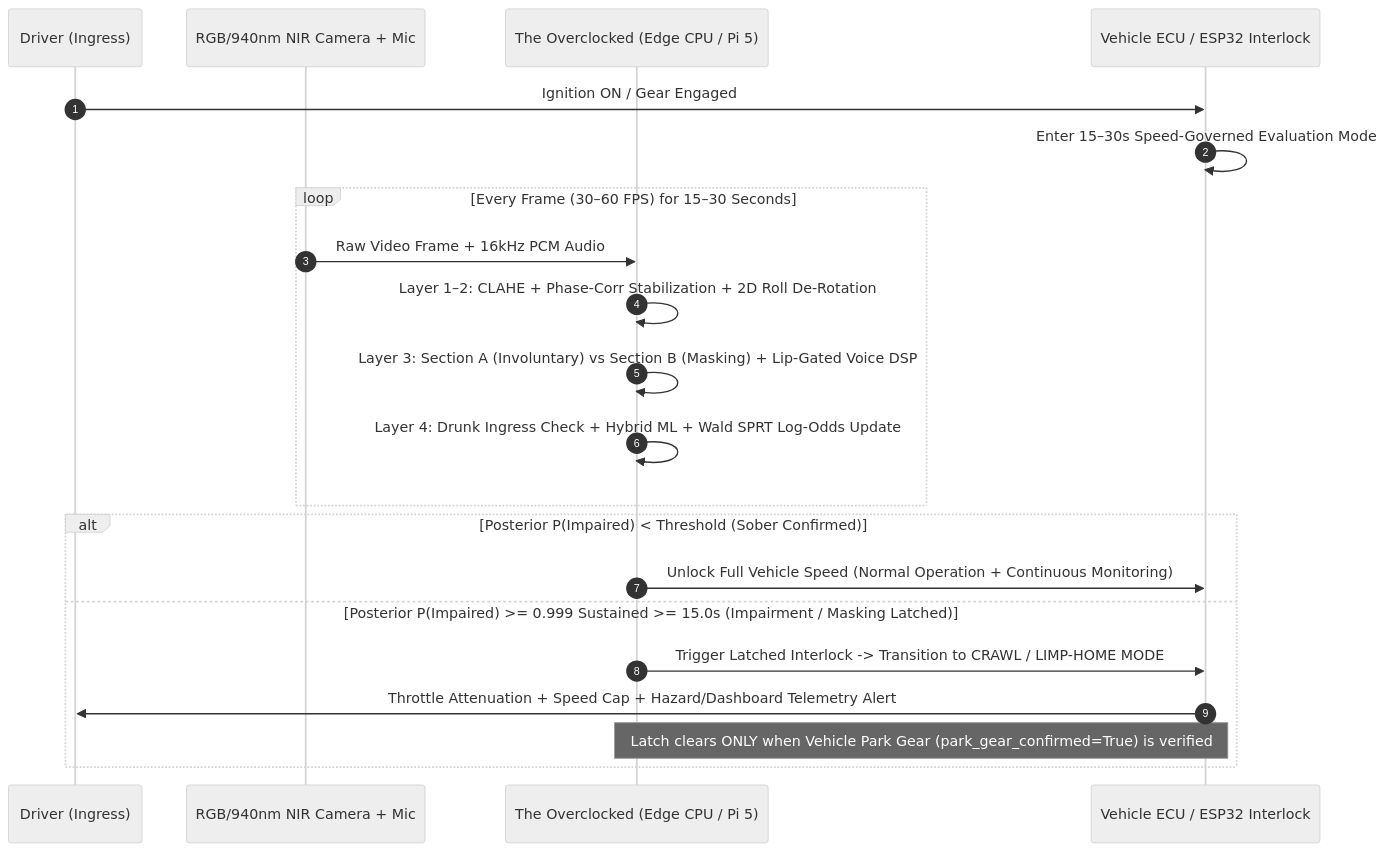
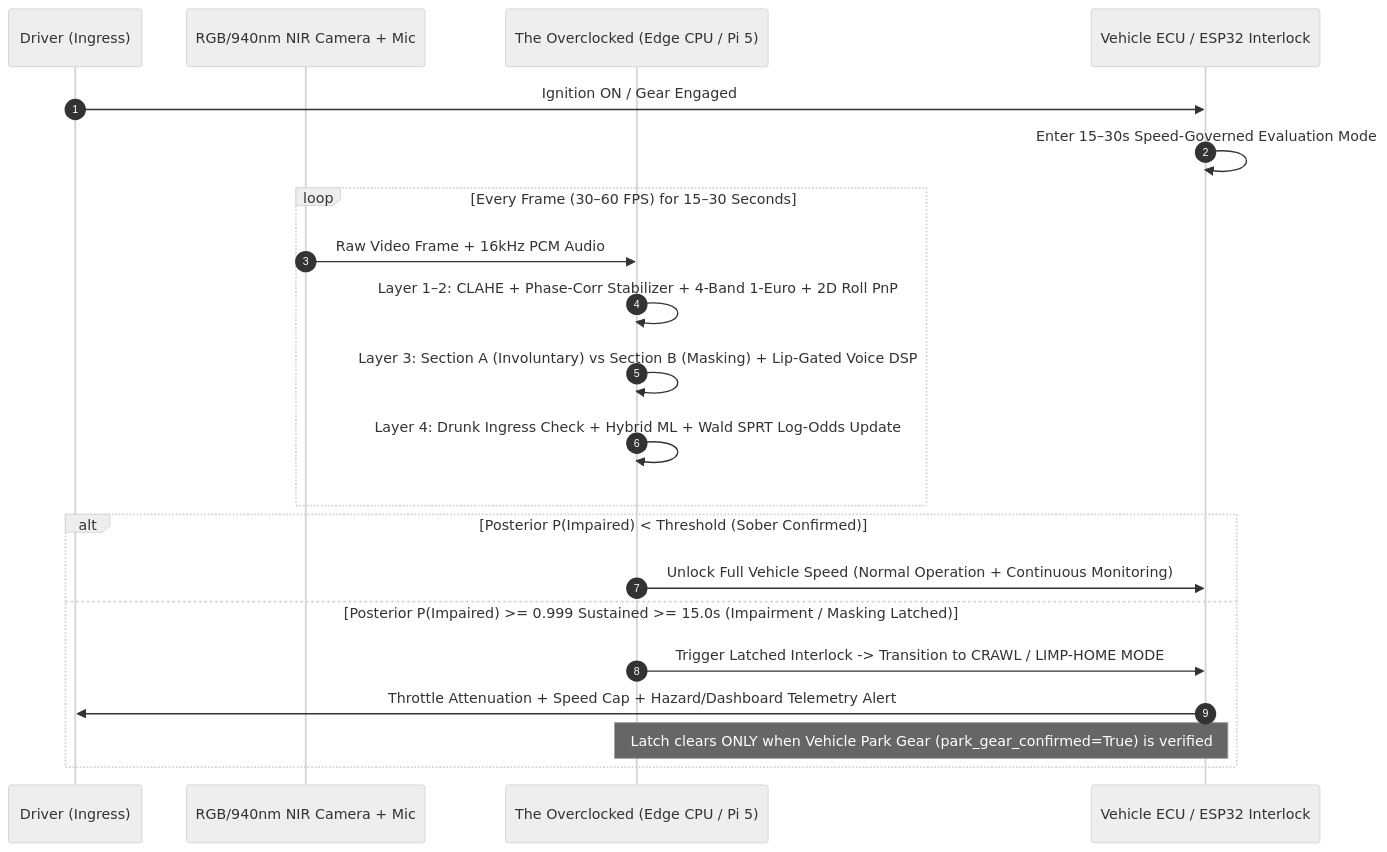
One commit to Thanos3541R/The_Overclocked changed the first of 3 diagrams in README.md. Above: the diagram before and after it, drawn with Mermaid (neutral theme). The commit also changed other lines of this file, not shown here.

Commit message:
docs: fix LaTeX math rendering, add audio DSP documentation & update SSOT architecture

````diff
--- a/README.md
+++ b/README.md
@@ -42,24 +44,24 @@
 ```mermaid
 sequenceDiagram
     autonumber
     participant Driver as Driver (Ingress)
     participant CamMic as RGB/940nm NIR Camera + Mic
     participant DMS as The Overclocked (Edge CPU / Pi 5)
     participant ECU as Vehicle ECU / ESP32 Interlock
 
     Driver->>ECU: Ignition ON / Gear Engaged
     ECU->>ECU: Enter 15–30s Speed-Governed Evaluation Mode
     loop Every Frame (30–60 FPS) for 15–30 Seconds
         CamMic->>DMS: Raw Video Frame + 16kHz PCM Audio
-        DMS->>DMS: Layer 1–2: CLAHE + Phase-Corr Stabilization + 2D Roll De-Rotation
+        DMS->>DMS: Layer 1–2: CLAHE + Phase-Corr Stabilizer + 4-Band 1-Euro + 2D Roll PnP
         DMS->>DMS: Layer 3: Section A (Involuntary) vs Section B (Masking) + Lip-Gated Voice DSP
         DMS->>DMS: Layer 4: Drunk Ingress Check + Hybrid ML + Wald SPRT Log-Odds Update
     end
     alt Posterior P(Impaired) < Threshold (Sober Confirmed)
         DMS->>ECU: Unlock Full Vehicle Speed (Normal Operation + Continuous Monitoring)
     else Posterior P(Impaired) >= 0.999 Sustained >= 15.0s (Impairment / Masking Latched)
         DMS->>ECU: Trigger Latched Interlock -> Transition to CRAWL / LIMP-HOME MODE
         ECU->>Driver: Throttle Attenuation + Speed Cap + Hazard/Dashboard Telemetry Alert
         Note over DMS,ECU: Latch clears ONLY when Vehicle Park Gear (park_gear_confirmed=True) is verified
     end
 ```
````
